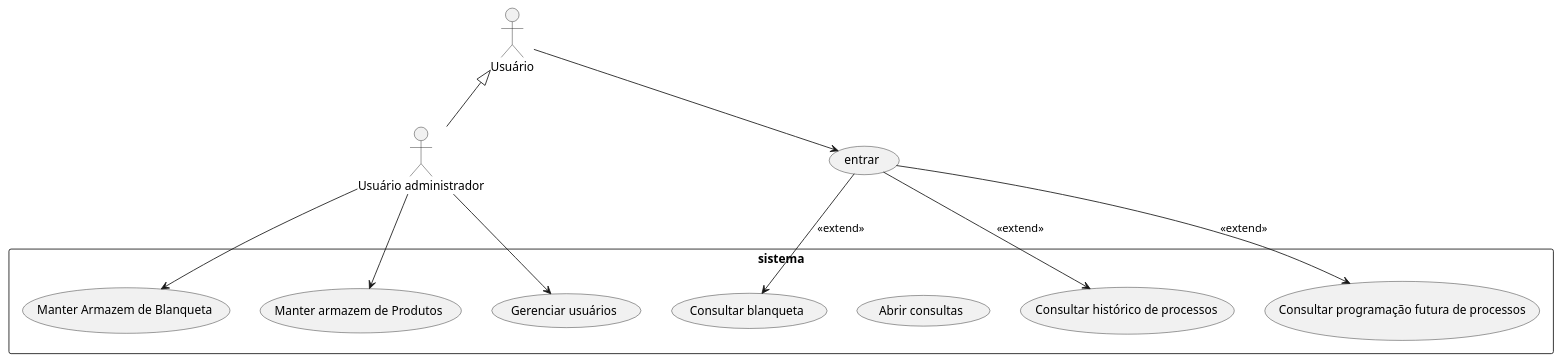
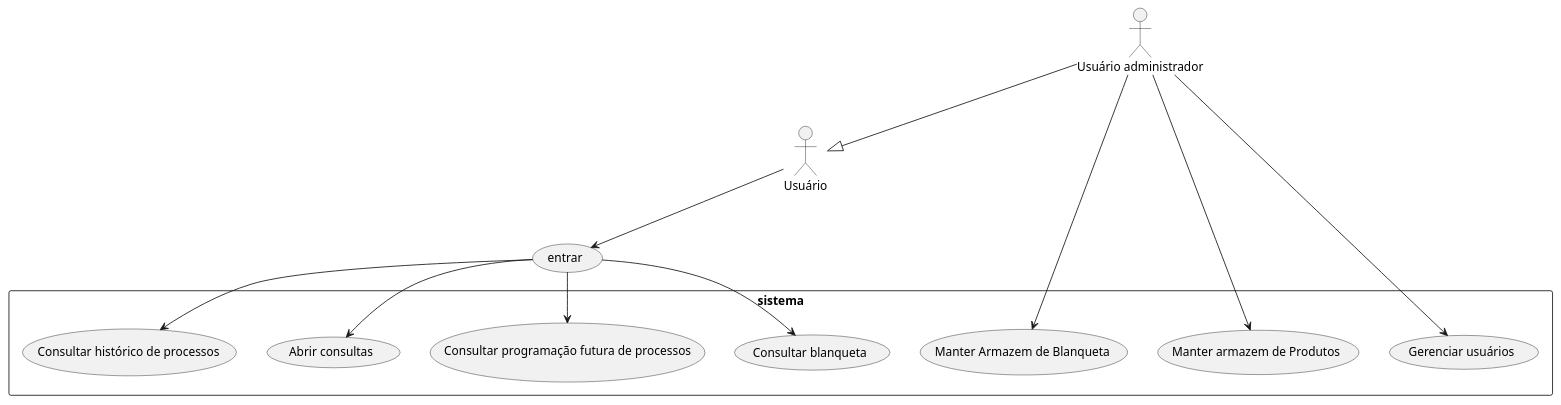
Before and after one commit to SoImRayh/AllController: the diagram in Diagramas/CasosDeUso.wsd, drawn with PlantUML. The commit also changed 4 other files, not shown here.

Commit message:
atualização nos diagramas

```diff
--- a/Diagramas/CasosDeUso.wsd
+++ b/Diagramas/CasosDeUso.wsd
@@ -1,25 +1,26 @@
 @startuml
 :Usuário:
 :Usuário administrador: as admin
 
 usecase (entrar) as UC1
 rectangle sistema{
     usecase (Consultar blanqueta) as UC2
     usecase (Manter Armazem de Blanqueta) as UC3
     usecase (Abrir consultas) as UC8
     usecase (Consultar histórico de processos) as UC4
     usecase (Consultar programação futura de processos) as UC7
     usecase (Manter armazem de Produtos) as UC5
     usecase (Gerenciar usuários) as UC6
 }
 
-admin -up-|> Usuário
+admin --|> Usuário
 Usuário --> UC1
 
-UC1 -->UC4 : <<extend>>
-UC1 -->UC2 : <<extend>>
-UC1 -->UC7 : <<extend>>
+UC1 -->UC4 
+UC1 -->UC2 
+UC1 -->UC7
+UC1 -->UC8
 admin --> UC3
 admin --> UC5
 admin --> UC6
 @enduml
```
